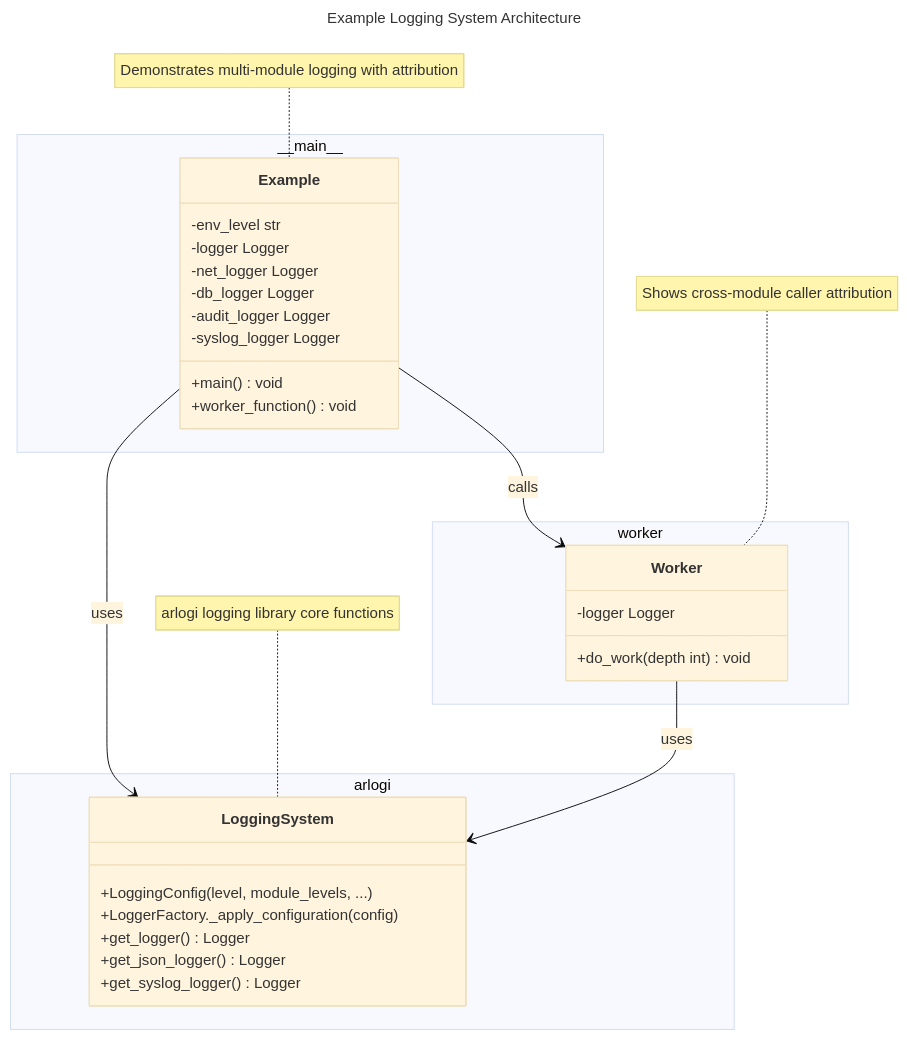
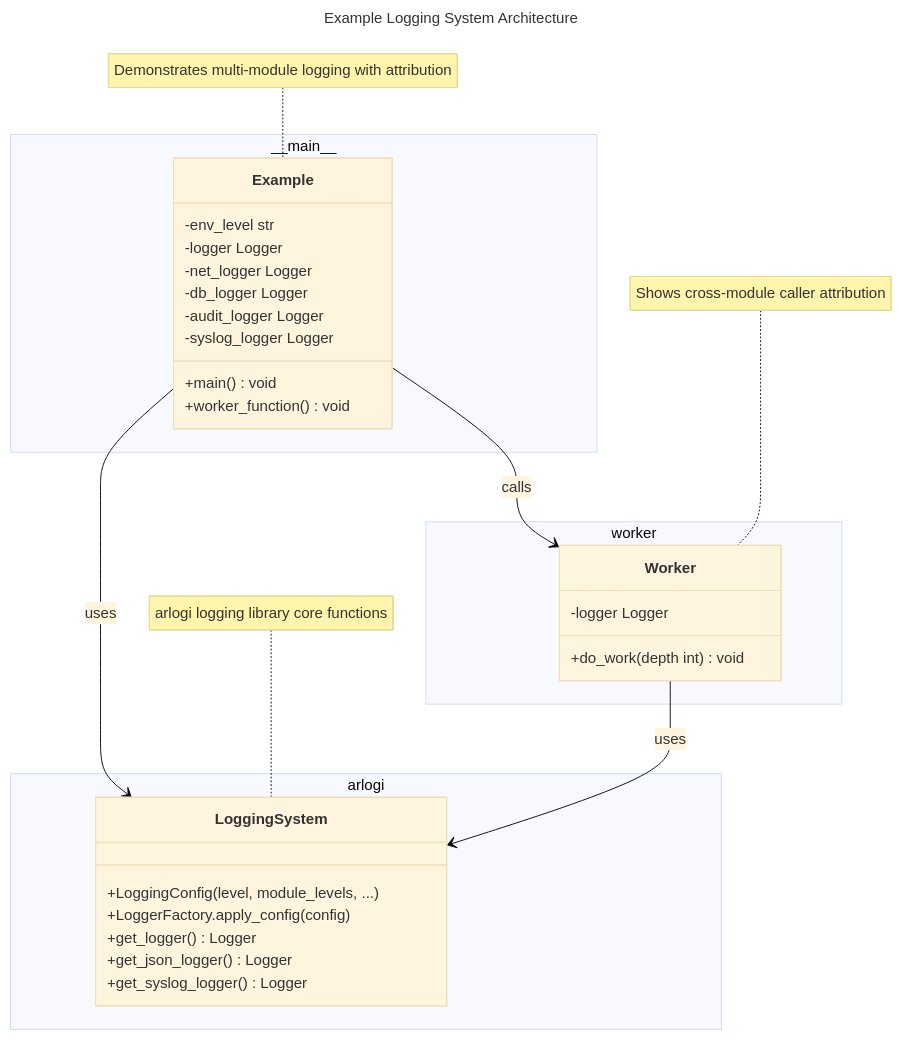
One commit to antragh/arlogi changed the first of 2 diagrams in docs/C4-Documentation/c4-code-tests-example.md. Above: the diagram before and after it, drawn with Mermaid (base theme). The commit also changed other lines of this file and 144 other files, not shown here.

````diff
--- a/docs/C4-Documentation/c4-code-tests-example.md
+++ b/docs/C4-Documentation/c4-code-tests-example.md
@@ -87,43 +87,43 @@
 ```mermaid
 ---
 title: Example Logging System Architecture
 ---
 classDiagram
     namespace __main__ {
         class Example {
             +main() void
             +worker_function() void
             -env_level str
             -logger Logger
             -net_logger Logger
             -db_logger Logger
             -audit_logger Logger
             -syslog_logger Logger
         }
     }
 
     namespace worker {
         class Worker {
             +do_work(depth int) void
             -logger Logger
         }
     }
 
     namespace arlogi {
         class LoggingSystem {
             +LoggingConfig(level, module_levels, ...)
-            +LoggerFactory._apply_configuration(config)
+            +LoggerFactory.apply_config(config)
             +get_logger() Logger
             +get_json_logger() Logger
             +get_syslog_logger() Logger
         }
     }
 
     Example --> LoggingSystem : uses
     Example --> Worker : calls
     Worker --> LoggingSystem : uses
 
     note for Example "Demonstrates multi-module logging with attribution"
     note for Worker "Shows cross-module caller attribution"
     note for LoggingSystem "arlogi logging library core functions"
 ```
````
